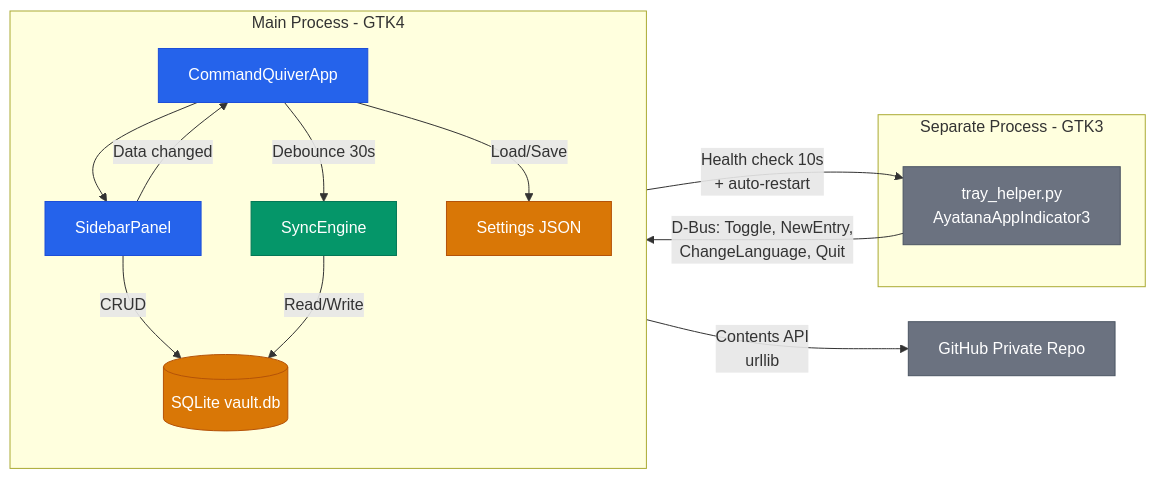
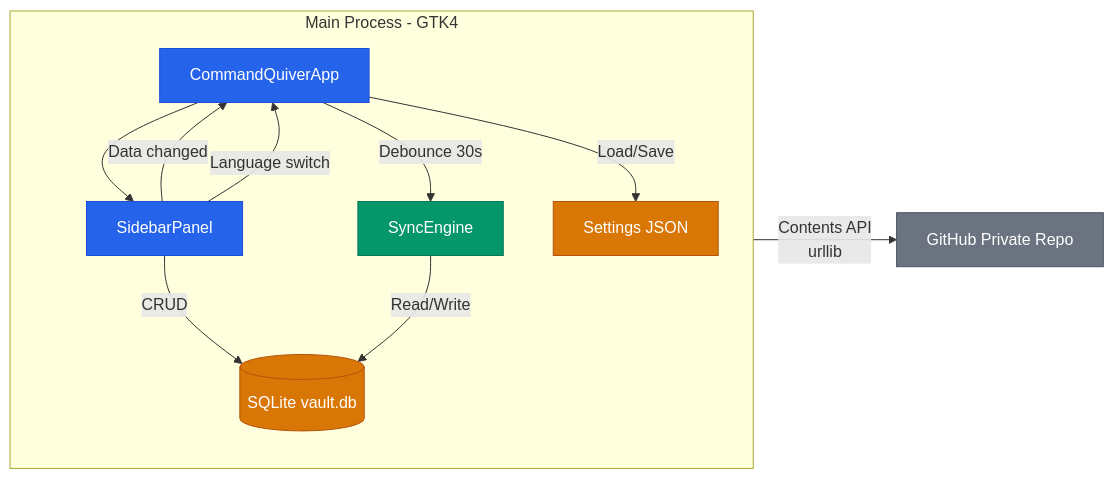
Before and after one commit to AndreaBonn/command-quiver: the first of 2 diagrams in README.md, drawn with Mermaid. The commit also changed other lines of this file and 14 other files, not shown here.

First line of the commit message:
feat!: remove system tray, switch language from the sidebar

````diff
--- a/README.md
+++ b/README.md
@@ -24,38 +24,33 @@
 ```mermaid
 %%{init: {'theme': 'default'}}%%
 graph LR
   subgraph main_proc["Main Process - GTK4"]
     direction TB
     app["CommandQuiverApp"]
     sidebar["SidebarPanel"]
     sync_eng["SyncEngine"]
     db[("SQLite vault.db")]
     settings["Settings JSON"]
   end
 
-  subgraph tray_proc["Separate Process - GTK3"]
-    tray["tray_helper.py<br/>AyatanaAppIndicator3"]
-  end
-
   github["GitHub Private Repo"]
 
-  tray -->|"D-Bus: Toggle, NewEntry,<br/>ChangeLanguage, Quit"| app
-  app -->|"Health check 10s<br/>+ auto-restart"| tray
   app --> sidebar
   sidebar -->|"CRUD"| db
   sidebar -->|"Data changed"| app
+  sidebar -->|"Language switch"| app
   app -->|"Debounce 30s"| sync_eng
   sync_eng -->|"Read/Write"| db
   sync_eng -->|"Contents API<br/>urllib"| github
   app -->|"Load/Save"| settings
 
   classDef core fill:#2563eb,stroke:#1d4ed8,color:#fff
   classDef data fill:#d97706,stroke:#b45309,color:#fff
   classDef ext fill:#6b7280,stroke:#4b5563,color:#fff
   classDef engine fill:#059669,stroke:#047857,color:#fff
 
   class app,sidebar core
   class db,settings data
-  class github,tray ext
+  class github ext
   class sync_eng engine
 ```
````
